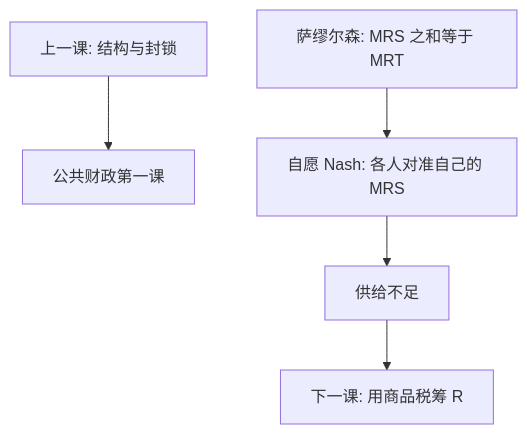
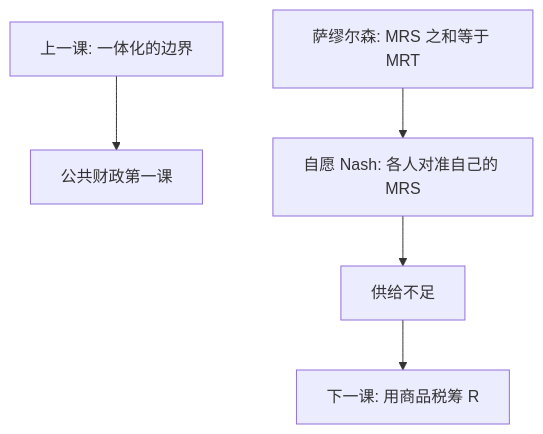
The first of 2 diagrams in docs/econ/public-goods-free-rider.md (xhongduo-tech/xhongduo-tech.github.io), drawn with Mermaid before and after one commit. The commit also changed 3 other files, not shown here.

Commit message:
Content review econ-184: shutdown-rule example avoids the loss-making stretch in entry-exit-sunk, and stale course-order pointers repointed across the industrial-organization unit including both mermaid labels.

````diff
--- a/docs/econ/public-goods-free-rider.md
+++ b/docs/econ/public-goods-free-rider.md
@@ -36,7 +36,7 @@
 ```mermaid
 flowchart TD
-  IO["上一课: 结构与封锁"] --> PF["公共财政第一课"]
+  IO["上一课: 一体化的边界"] --> PF["公共财政第一课"]
   SAM["萨缪尔森: MRS 之和等于 MRT"] --> VOL["自愿 Nash: 各人对准自己的 MRS"]
   VOL --> LOW["供给不足"]
   LOW --> TAX["下一课: 用商品税筹 R"]
 ```
````
